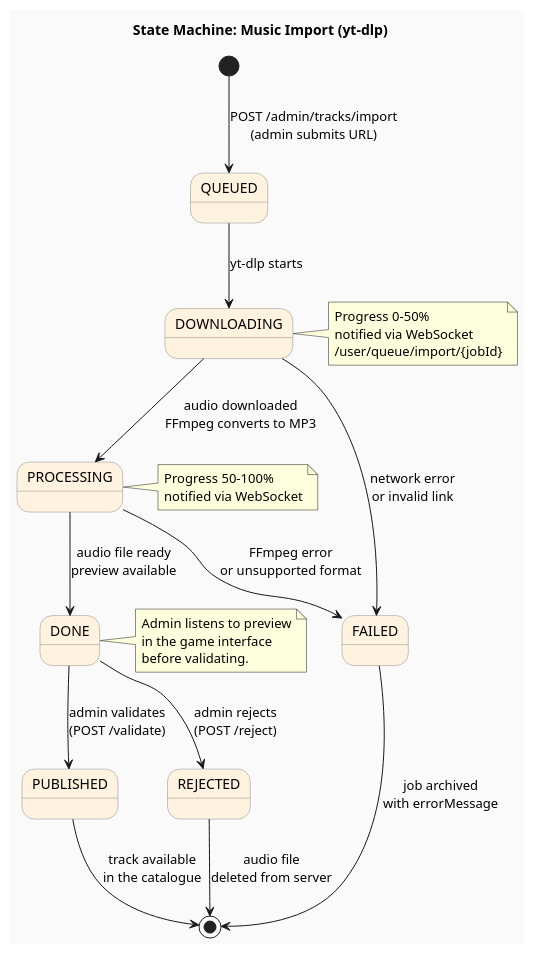
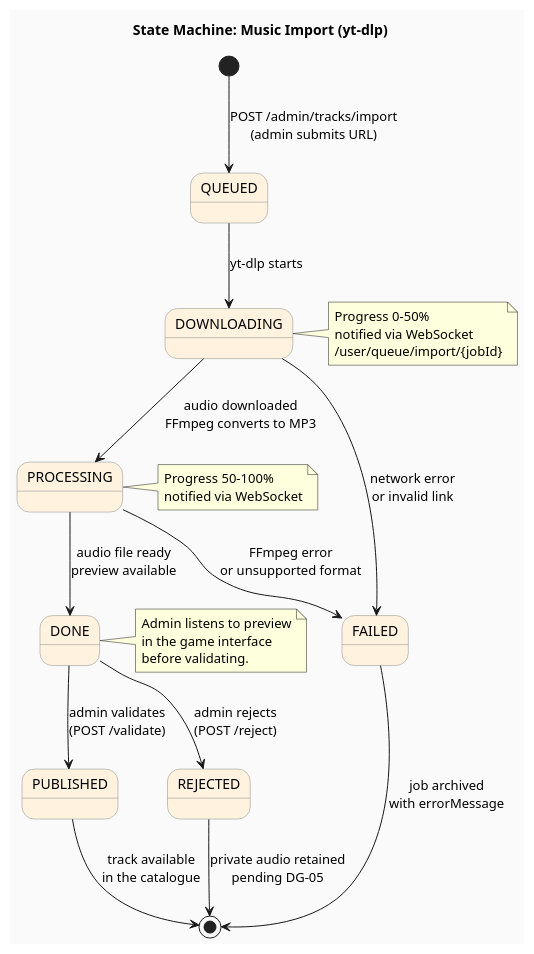
One commit to CyprienJ/blindTest changed the third of 4 diagrams in docs/diagrams/03-etats.puml. Above: the diagram before and after it, drawn with PlantUML. The commit also changed 15 other files, not shown here.

```diff
--- a/docs/diagrams/03-etats.puml
+++ b/docs/diagrams/03-etats.puml
@@ -74,48 +74,48 @@
 @startuml States - Music Import
 title State Machine: Music Import (yt-dlp)
 skinparam backgroundColor #FAFAFA
 skinparam state {
   BorderColor #888888
   BackgroundColor #FFF3E0
 }
 
 [*] --> QUEUED : POST /admin/tracks/import\n(admin submits URL)
 
 QUEUED --> DOWNLOADING : yt-dlp starts
 
 DOWNLOADING --> PROCESSING : audio downloaded\nFFmpeg converts to MP3
 
 DOWNLOADING --> FAILED : network error\nor invalid link
 
 PROCESSING --> DONE : audio file ready\npreview available
 
 PROCESSING --> FAILED : FFmpeg error\nor unsupported format
 
 DONE --> PUBLISHED : admin validates\n(POST /validate)
 
 DONE --> REJECTED : admin rejects\n(POST /reject)
 
 FAILED --> [*] : job archived\nwith errorMessage
 
 PUBLISHED --> [*] : track available\nin the catalogue
 
-REJECTED --> [*] : audio file\ndeleted from server
+REJECTED --> [*] : private audio retained\npending DG-05
 
 note right of DOWNLOADING
   Progress 0-50%
   notified via WebSocket
   /user/queue/import/{jobId}
 end note
 
 note right of PROCESSING
   Progress 50-100%
   notified via WebSocket
 end note
 
 note right of DONE
   Admin listens to preview
   in the game interface
   before validating.
 end note
 
 @enduml
```
